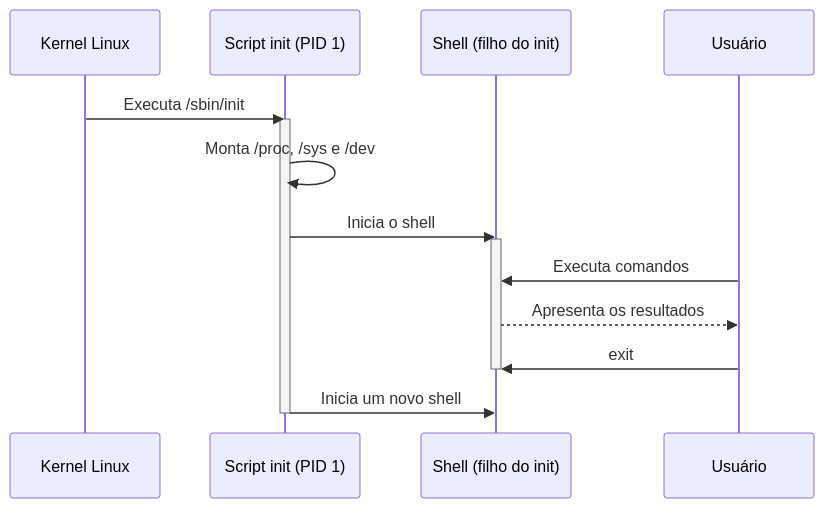
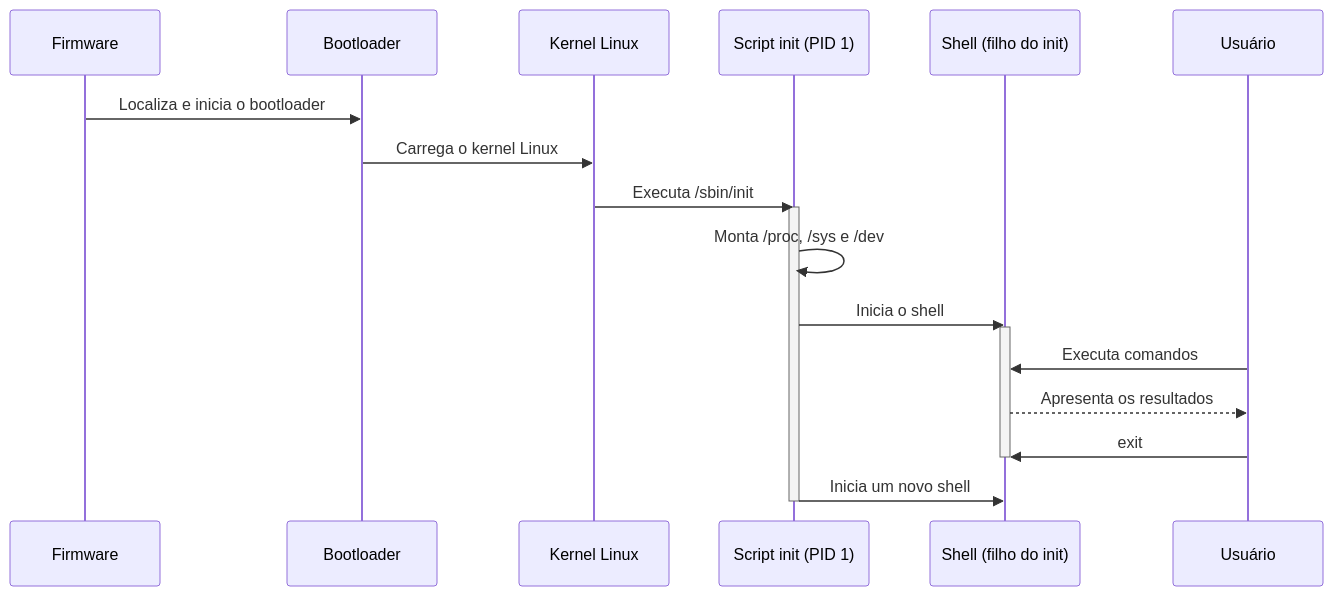
The second of 5 diagrams in Sistema_Principal/Modulo 3 - Processos/7-Init_System.md (FelpzzzEX/LecOS), drawn with Mermaid before and after one commit. The commit also changed other lines of this file and 11 other files, not shown here.

````diff
--- a/Sistema_Principal/Modulo 3 - Processos/7-Init_System.md
+++ b/Sistema_Principal/Modulo 3 - Processos/7-Init_System.md
@@ -42,19 +42,23 @@
 ```mermaid
 sequenceDiagram
+    participant F as Firmware
+    participant BL as Bootloader
     participant K as Kernel Linux
     participant I as Script init (PID 1)
     participant B as Shell (filho do init)
     participant U as Usuário
 
+    F->>BL: Localiza e inicia o bootloader
+    BL->>K: Carrega o kernel Linux
     K->>I: Executa /sbin/init
     activate I
     I->>I: Monta /proc, /sys e /dev
     I->>B: Inicia o shell
     activate B
     U->>B: Executa comandos
     B-->>U: Apresenta os resultados
     U->>B: exit
     deactivate B
     I->>B: Inicia um novo shell
     deactivate I
 ```
````
